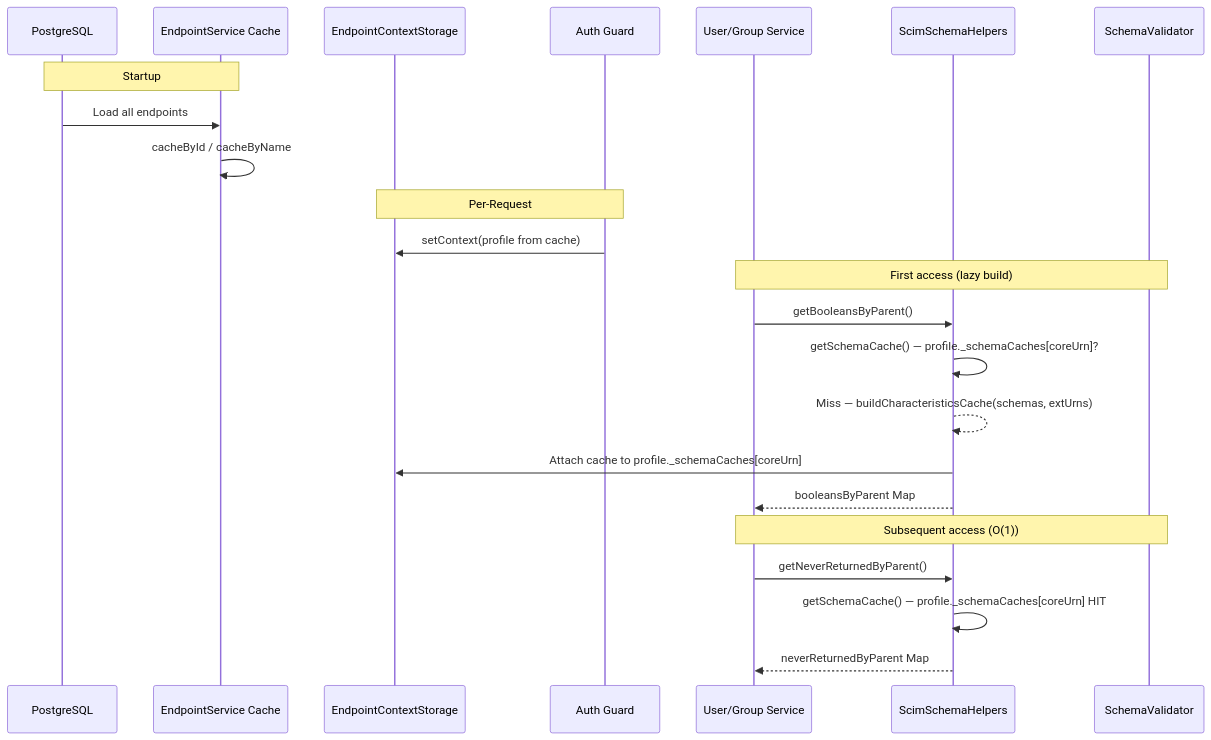
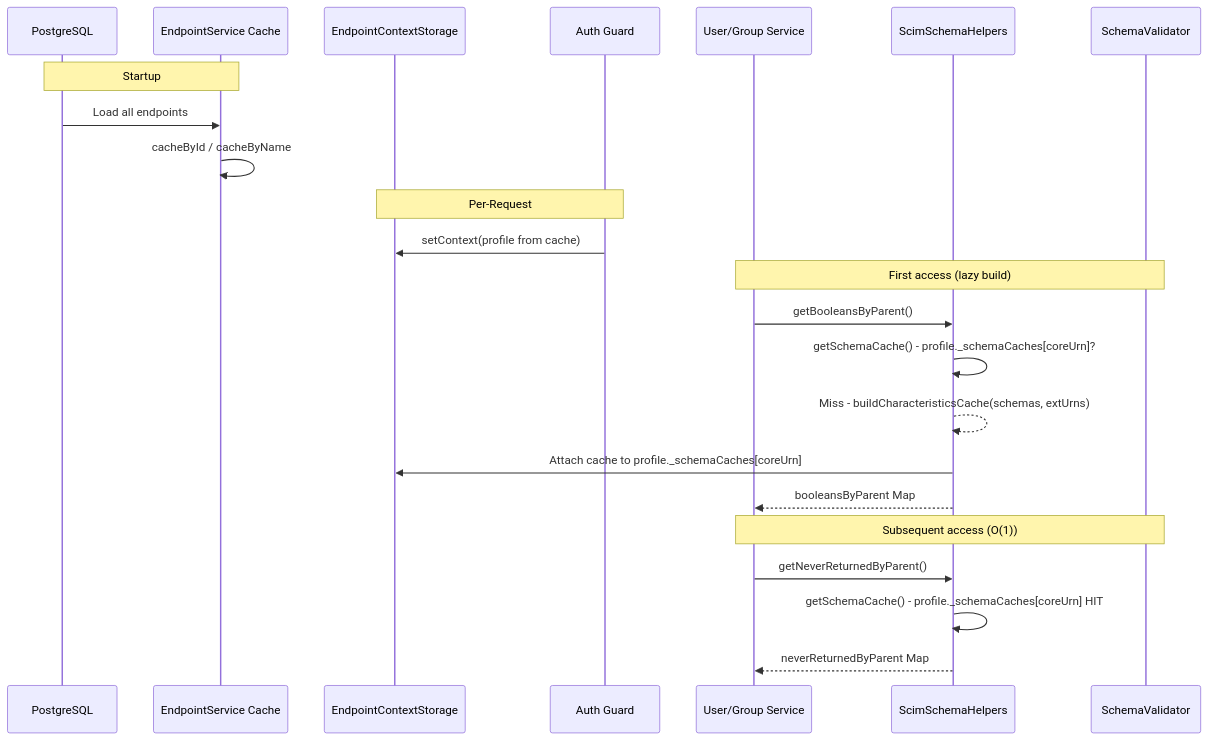
One commit to pranems/SCIMServer changed the second of 2 diagrams in docs/SCHEMA_AND_RESOURCETYPE_DATA_STRUCTURE_ANALYSIS.md. Above: the diagram before and after it, drawn with Mermaid. The commit also changed other lines of this file and 337 other files, not shown here.

````diff
--- a/docs/SCHEMA_AND_RESOURCETYPE_DATA_STRUCTURE_ANALYSIS.md
+++ b/docs/SCHEMA_AND_RESOURCETYPE_DATA_STRUCTURE_ANALYSIS.md
@@ -249,29 +249,29 @@
 ```mermaid
 sequenceDiagram
     participant DB as PostgreSQL
     participant Cache as EndpointService Cache
     participant Ctx as EndpointContextStorage
     participant Guard as Auth Guard
     participant Svc as User/Group Service
     participant Help as ScimSchemaHelpers
     participant Val as SchemaValidator
 
     Note over DB,Cache: Startup
     DB->>Cache: Load all endpoints
     Cache->>Cache: cacheById / cacheByName
 
     Note over Guard,Ctx: Per-Request
     Guard->>Ctx: setContext(profile from cache)
 
     Note over Svc,Val: First access (lazy build)
     Svc->>Help: getBooleansByParent()
-    Help->>Help: getSchemaCache() — profile._schemaCaches[coreUrn]?
-    Help-->>Help: Miss — buildCharacteristicsCache(schemas, extUrns)
+    Help->>Help: getSchemaCache() - profile._schemaCaches[coreUrn]?
+    Help-->>Help: Miss - buildCharacteristicsCache(schemas, extUrns)
     Help->>Ctx: Attach cache to profile._schemaCaches[coreUrn]
     Help-->>Svc: booleansByParent Map
 
     Note over Svc,Val: Subsequent access (O(1))
     Svc->>Help: getNeverReturnedByParent()
-    Help->>Help: getSchemaCache() — profile._schemaCaches[coreUrn] HIT
+    Help->>Help: getSchemaCache() - profile._schemaCaches[coreUrn] HIT
     Help-->>Svc: neverReturnedByParent Map
 ```
````
